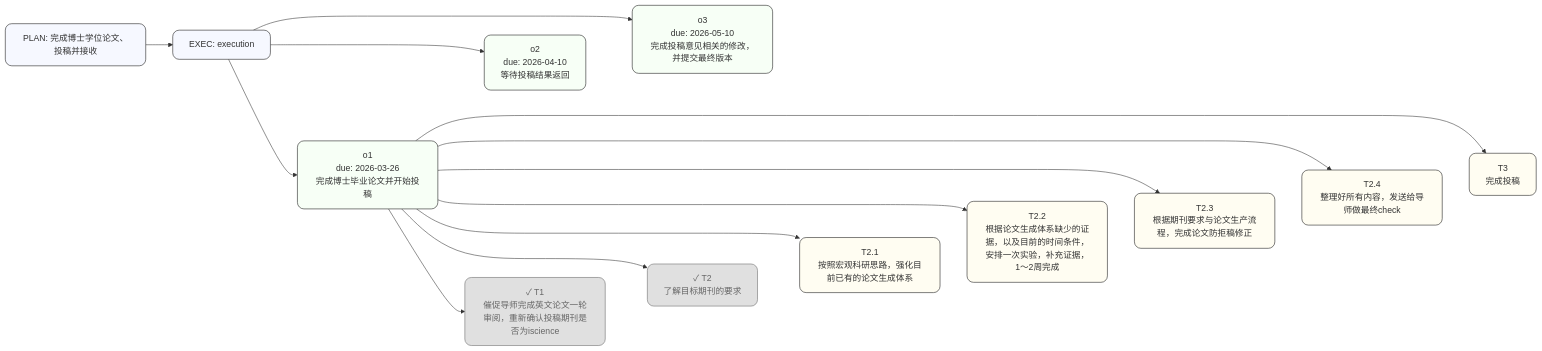
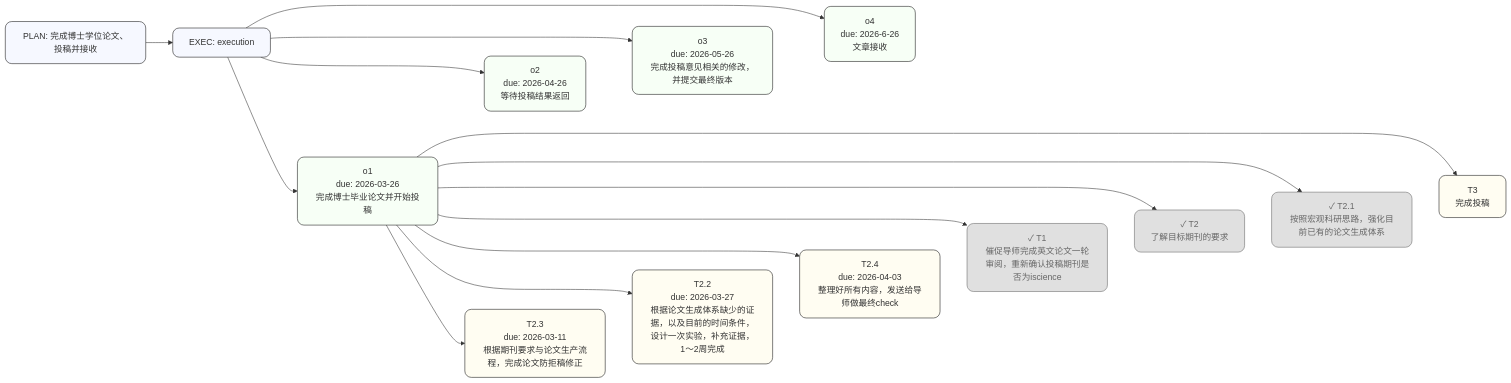
Before and after one commit to gbm19950414-ux/Hypothesis-driven-Task-Management-System: the diagram in outputs/plan_学位证书_graph.mmd, drawn with Mermaid. The commit also changed 17 other files, not shown here.

```diff
--- a/outputs/plan_学位证书_graph.mmd
+++ b/outputs/plan_学位证书_graph.mmd
@@ -1,38 +1,41 @@
 flowchart LR
 classDef card fill:#ffffff,stroke:#111,stroke-width:1px,rx:10,ry:10;
 classDef plan fill:#f6f8ff,stroke:#111,stroke-width:1px,rx:12,ry:12;
 classDef obj fill:#f7fff6,stroke:#111,stroke-width:1px,rx:12,ry:12;
 classDef hyp fill:#fff6fb,stroke:#111,stroke-width:1px,rx:12,ry:12;
 classDef task fill:#fffdf2,stroke:#111,stroke-width:1px,rx:12,ry:12;
 classDef done fill:#e0e0e0,stroke:#666,stroke-width:1px,color:#666,rx:12,ry:12;
 PLAN["PLAN: 完成博士学位论文、投稿并接收"]:::plan
 EP["EXEC: execution"]:::plan
 PLAN --> EP
 OBJ_o1["o1<br/>due: 2026-03-26<br/>完成博士毕业论文并开始投稿"]:::obj
 EP --> OBJ_o1
-OBJ_o2["o2<br/>due: 2026-04-10<br/>等待投稿结果返回"]:::obj
+OBJ_o2["o2<br/>due: 2026-04-26<br/>等待投稿结果返回"]:::obj
 EP --> OBJ_o2
-OBJ_o3["o3<br/>due: 2026-05-10<br/>完成投稿意见相关的修改，并提交最终版本"]:::obj
+OBJ_o3["o3<br/>due: 2026-05-26<br/>完成投稿意见相关的修改，并提交最终版本"]:::obj
 EP --> OBJ_o3
+OBJ_o4["o4<br/>due: 2026-6-26<br/>文章接收"]:::obj
+EP --> OBJ_o4
 OBJ_o1 ~~~ OBJ_o2
 OBJ_o2 ~~~ OBJ_o3
+OBJ_o3 ~~~ OBJ_o4
+TASK_T2.3["T2.3<br/>due: 2026-03-11<br/>根据期刊要求与论文生产流程，完成论文防拒稿修正"]:::task
+OBJ_o1 --> TASK_T2.3
+TASK_T2.2["T2.2<br/>due: 2026-03-27<br/>根据论文生成体系缺少的证据，以及目前的时间条件，设计一次实验，补充证据，1～2周完成"]:::task
+OBJ_o1 --> TASK_T2.2
+TASK_T2.4["T2.4<br/>due: 2026-04-03<br/>整理好所有内容，发送给导师做最终check"]:::task
+OBJ_o1 --> TASK_T2.4
 TASK_T1["✓ T1<br/>催促导师完成英文论文一轮审阅，重新确认投稿期刊是否为iscience"]:::done
 OBJ_o1 --> TASK_T1
 TASK_T2["✓ T2<br/>了解目标期刊的要求"]:::done
 OBJ_o1 --> TASK_T2
-TASK_T2.1["T2.1<br/>按照宏观科研思路，强化目前已有的论文生成体系"]:::task
+TASK_T2.1["✓ T2.1<br/>按照宏观科研思路，强化目前已有的论文生成体系"]:::done
 OBJ_o1 --> TASK_T2.1
-TASK_T2.2["T2.2<br/>根据论文生成体系缺少的证据，以及目前的时间条件，安排一次实验，补充证据，1～2周完成"]:::task
-OBJ_o1 --> TASK_T2.2
-TASK_T2.3["T2.3<br/>根据期刊要求与论文生产流程，完成论文防拒稿修正"]:::task
-OBJ_o1 --> TASK_T2.3
-TASK_T2.4["T2.4<br/>整理好所有内容，发送给导师做最终check"]:::task
-OBJ_o1 --> TASK_T2.4
 TASK_T3["T3<br/>完成投稿"]:::task
 OBJ_o1 --> TASK_T3
+TASK_T2.3 ~~~ TASK_T2.2
+TASK_T2.2 ~~~ TASK_T2.4
+TASK_T2.4 ~~~ TASK_T1
 TASK_T1 ~~~ TASK_T2
 TASK_T2 ~~~ TASK_T2.1
-TASK_T2.1 ~~~ TASK_T2.2
-TASK_T2.2 ~~~ TASK_T2.3
-TASK_T2.3 ~~~ TASK_T2.4
-TASK_T2.4 ~~~ TASK_T3
+TASK_T2.1 ~~~ TASK_T3
```
